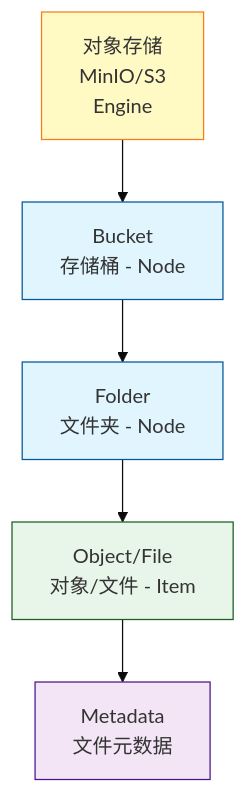
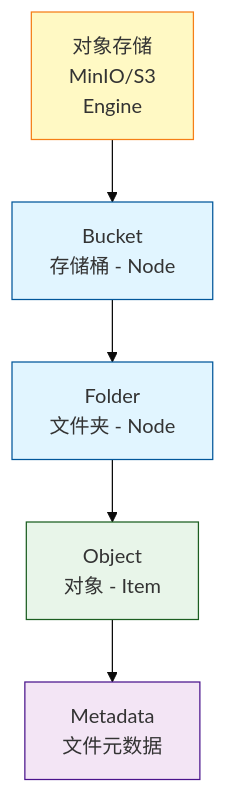
Before and after one commit to pampa0629/addp: the third of 7 diagrams in docs/concepts/addp元数据体系图.md, drawn with Mermaid (base theme). The commit also changed other lines of this file and 45 other files, not shown here.

````diff
--- a/docs/concepts/addp元数据体系图.md
+++ b/docs/concepts/addp元数据体系图.md
@@ -79,18 +79,18 @@
 ```mermaid
 graph TB
     OBJ[对象存储<br/>MinIO/S3<br/>Engine]
     OBJ --> OBJNODE1[Bucket<br/>存储桶 - Node]
     OBJNODE1 --> OBJNODE2[Folder<br/>文件夹 - Node]
-    OBJNODE2 --> OBJITEM[Object/File<br/>对象/文件 - Item]
+    OBJNODE2 --> OBJITEM[Object<br/>对象 - Item]
     OBJITEM --> OBJMETA[Metadata<br/>文件元数据]
 
     classDef engine fill:#fff9c4,stroke:#f57f17
     classDef node fill:#e1f5ff,stroke:#01579b
     classDef item fill:#e8f5e9,stroke:#1b5e20
     classDef metadata fill:#f3e5f5,stroke:#4a148c
 
     class OBJ engine
     class OBJNODE1,OBJNODE2 node
     class OBJITEM item
     class OBJMETA metadata
 ```
````
